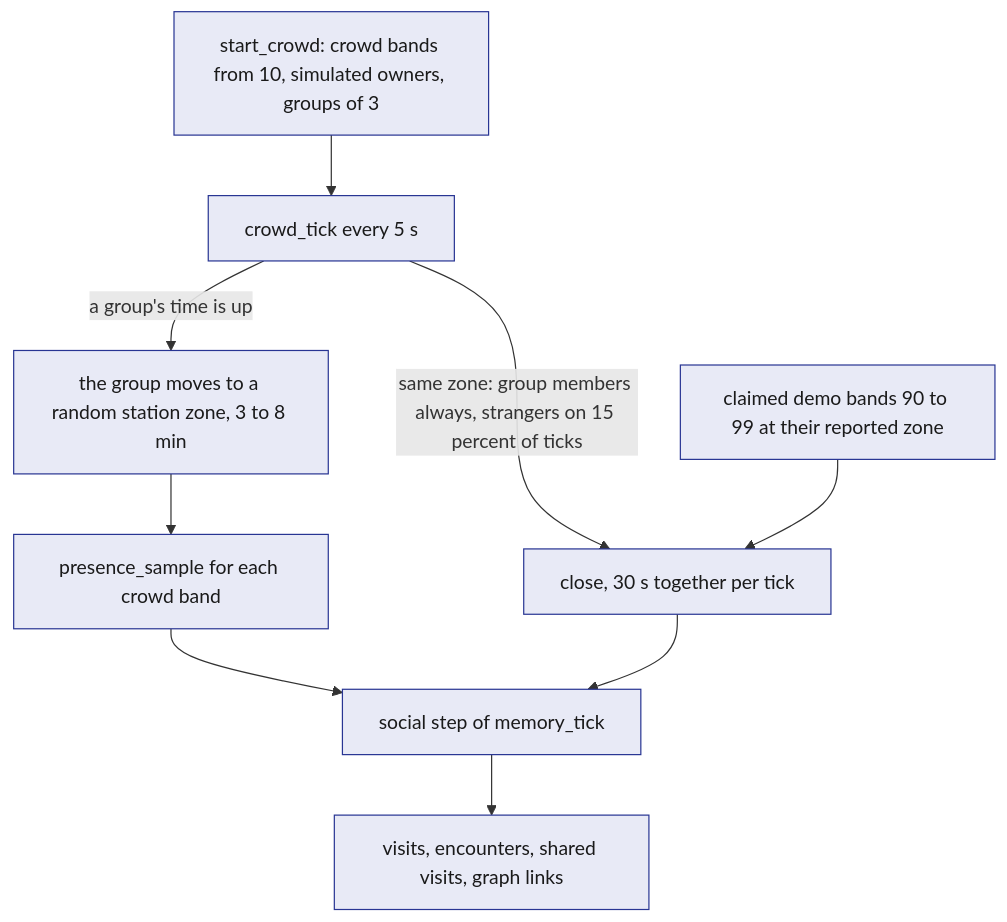
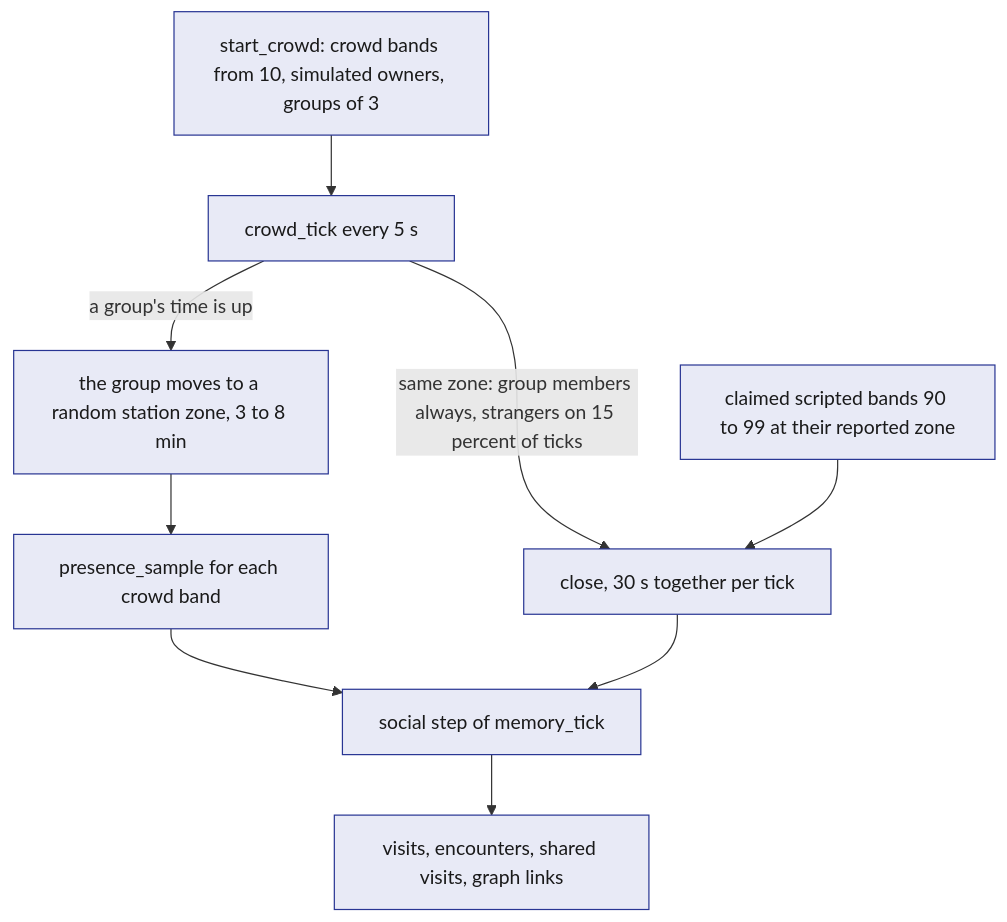
Before and after one commit to viktorinkov/cal-hacks-13: the first of 2 diagrams in System Design/3-services/Simulator.md, drawn with Mermaid. The commit also changed other lines of this file and 22 other files, not shown here.

````diff
--- a/System Design/3-services/Simulator.md
+++ b/System Design/3-services/Simulator.md
@@ -77,13 +77,13 @@
 ```mermaid
 flowchart TB
     SC["start_crowd: crowd bands from 10, simulated owners, groups of 3"] --> CT["crowd_tick every 5 s"]
     CT -->|"a group's time is up"| MV["the group moves to a random station zone, 3 to 8 min"]
     MV --> PS["presence_sample for each crowd band"]
     CT -->|"same zone: group members always, strangers on 15 percent of ticks"| CL["close, 30 s together per tick"]
-    DM["claimed demo bands 90 to 99 at their reported zone"] --> CL
+    DM["claimed scripted bands 90 to 99 at their reported zone"] --> CL
     PS --> SS["social step of memory_tick"]
     CL --> SS
     SS --> OUT["visits, encounters, shared visits, graph links"]
     classDef stdb fill:#E8EAF6,stroke:#283593,color:#1A1A1A
     class SC,CT,MV,PS,CL,DM,SS,OUT stdb
 ```
````
